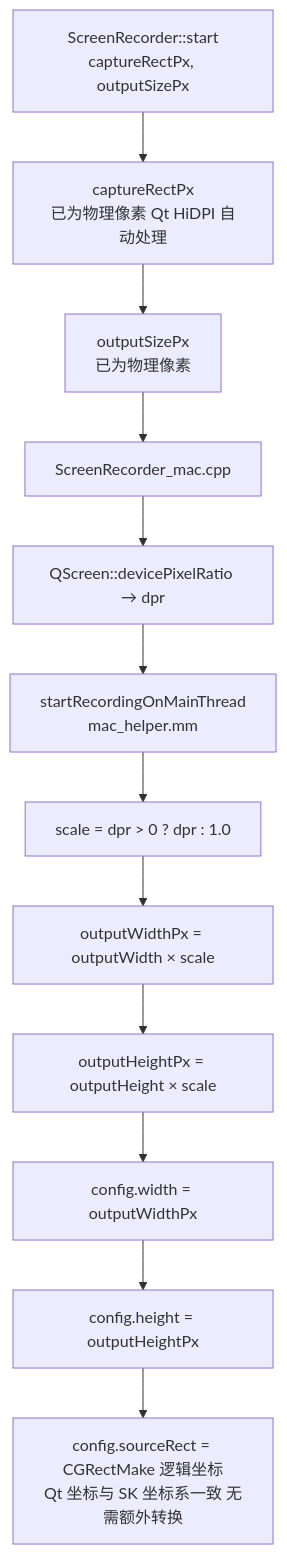
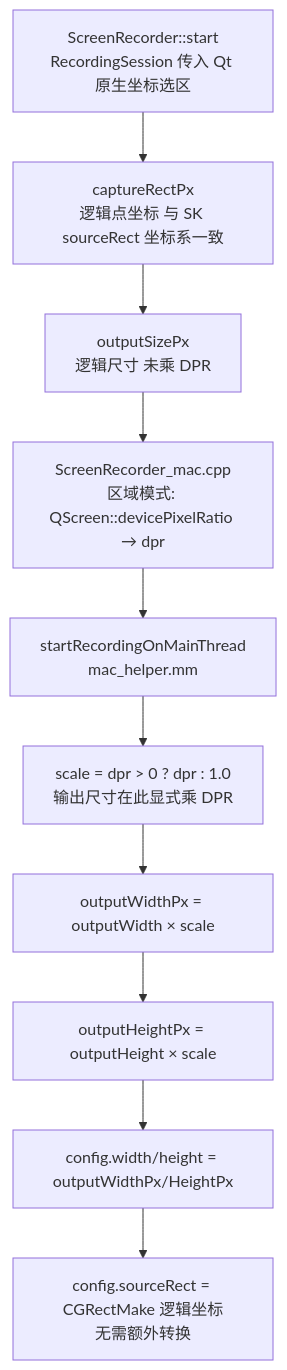
One commit to ChiangyangNPU/quick-shot changed the seventh of 11 diagrams in docs/recording-macos.md. Above: the diagram before and after it, drawn with Mermaid. The commit also changed other lines of this file and 3 other files, not shown here.

````diff
--- a/docs/recording-macos.md
+++ b/docs/recording-macos.md
@@ -269,14 +273,12 @@
 ```mermaid
 flowchart TD
-    A["ScreenRecorder::start<br/>captureRectPx, outputSizePx"] --> B["captureRectPx<br/>已为物理像素 Qt HiDPI 自动处理"]
-    B --> C["outputSizePx<br/>已为物理像素"]
-    C --> D["ScreenRecorder_mac.cpp"]
-    D --> E["QScreen::devicePixelRatio → dpr"]
-    E --> F["startRecordingOnMainThread<br/>mac_helper.mm"]
-    F --> G["scale = dpr > 0 ? dpr : 1.0"]
-    G --> H["outputWidthPx = outputWidth × scale"]
-    H --> I["outputHeightPx = outputHeight × scale"]
-    I --> J["config.width = outputWidthPx"]
-    J --> K["config.height = outputHeightPx"]
-    K --> L["config.sourceRect = CGRectMake 逻辑坐标<br/>Qt 坐标与 SK 坐标系一致 无需额外转换"]
+    A["ScreenRecorder::start<br/>RecordingSession 传入 Qt 原生坐标选区"] --> B["captureRectPx<br/>逻辑点坐标 与 SK sourceRect 坐标系一致"]
+    B --> C["outputSizePx<br/>逻辑尺寸 未乘 DPR"]
+    C --> D["ScreenRecorder_mac.cpp<br/>区域模式: QScreen::devicePixelRatio → dpr"]
+    D --> E["startRecordingOnMainThread<br/>mac_helper.mm"]
+    E --> F["scale = dpr > 0 ? dpr : 1.0<br/>输出尺寸在此显式乘 DPR"]
+    F --> G["outputWidthPx = outputWidth × scale"]
+    G --> H["outputHeightPx = outputHeight × scale"]
+    H --> I["config.width/height = outputWidthPx/HeightPx"]
+    I --> J["config.sourceRect = CGRectMake 逻辑坐标<br/>无需额外转换"]
 ```
````
